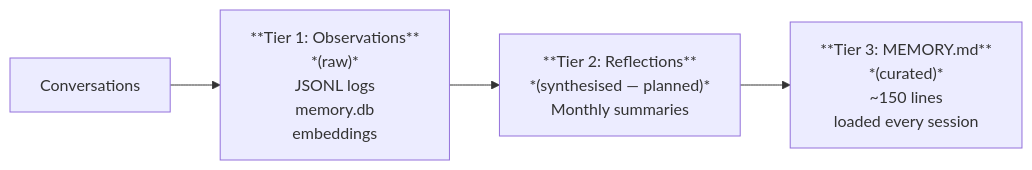
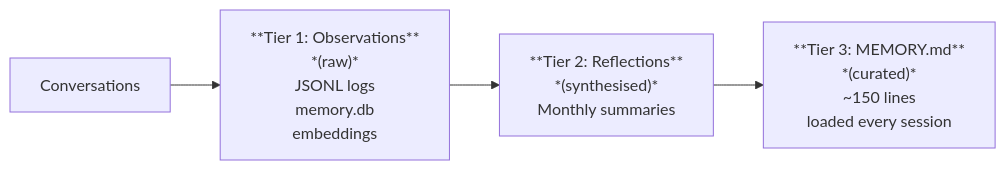
Before and after one commit to wiktordepina/mait-code: the diagram in docs/memory.md, drawn with Mermaid. The commit also changed other lines of this file and 14 other files, not shown here.

````diff
--- a/docs/memory.md
+++ b/docs/memory.md
@@ -9,10 +9,10 @@
 ```mermaid
 graph LR
     C[Conversations] --> T1
 
     T1["**Tier 1: Observations**<br>*(raw)*<br>JSONL logs<br>memory.db<br>embeddings"]
-    T2["**Tier 2: Reflections**<br>*(synthesised — planned)*<br>Monthly summaries"]
+    T2["**Tier 2: Reflections**<br>*(synthesised)*<br>Monthly summaries"]
     T3["**Tier 3: MEMORY.md**<br>*(curated)*<br>~150 lines<br>loaded every session"]
 
     T1 --> T2 --> T3
 ```
````
